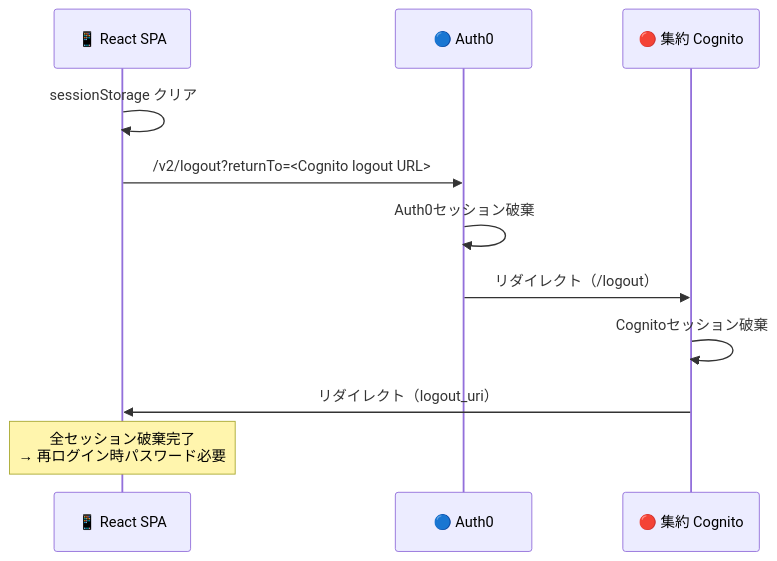
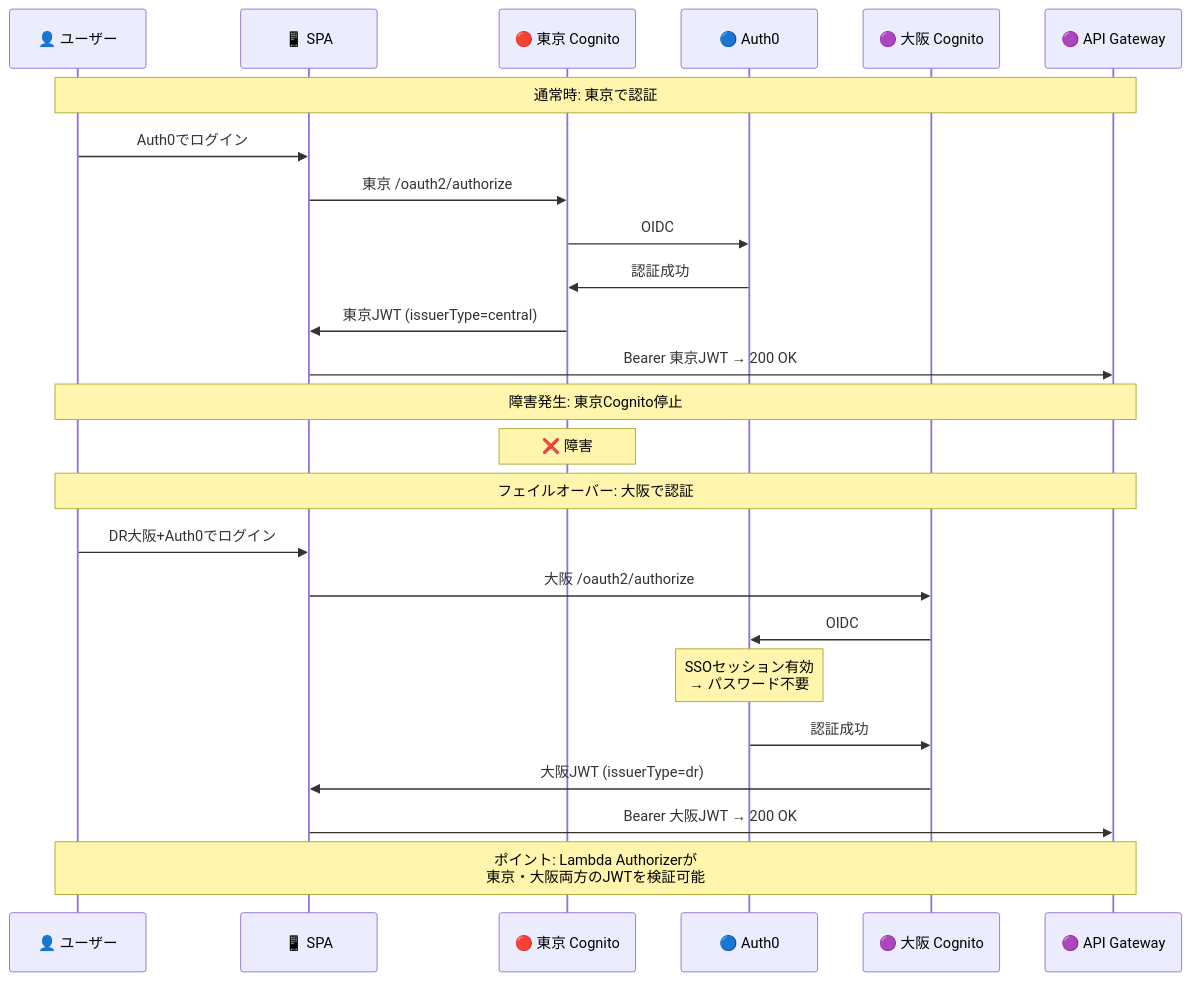
One commit to suepie/aws-atuh-poc changed the fifth of 5 diagrams in doc/design/auth-flow.md. Above: the diagram before and after it, drawn with Mermaid. The commit also changed other lines of this file and 10 other files, not shown here.

````diff
--- a/doc/design/auth-flow.md
+++ b/doc/design/auth-flow.md
@@ -228,15 +174,31 @@
 ```mermaid
 sequenceDiagram
-    participant SPA as 📱 React SPA
+    participant User as 👤 ユーザー
+    participant SPA as 📱 SPA
+    participant Tokyo as 🔴 東京 Cognito
     participant Auth0 as 🔵 Auth0
-    participant Cognito as 🔴 集約 Cognito
+    participant Osaka as 🟣 大阪 Cognito
+    participant API as 🟣 API Gateway
 
-    SPA->>SPA: sessionStorage クリア
-    SPA->>Auth0: /v2/logout?returnTo=<Cognito logout URL>
-    Auth0->>Auth0: Auth0セッション破棄
-    Auth0->>Cognito: リダイレクト（/logout）
-    Cognito->>Cognito: Cognitoセッション破棄
-    Cognito->>SPA: リダイレクト（logout_uri）
+    Note over User,API: 通常時: 東京で認証
+    User->>SPA: Auth0でログイン
+    SPA->>Tokyo: 東京 /oauth2/authorize
+    Tokyo->>Auth0: OIDC
+    Auth0->>Tokyo: 認証成功
+    Tokyo->>SPA: 東京JWT (issuerType=central)
+    SPA->>API: Bearer 東京JWT → 200 OK
 
-    Note over SPA: 全セッション破棄完了<br/>→ 再ログイン時パスワード必要
+    Note over User,API: 障害発生: 東京Cognito停止
+    Note over Tokyo: ❌ 障害
+
+    Note over User,API: フェイルオーバー: 大阪で認証
+    User->>SPA: DR大阪+Auth0でログイン
+    SPA->>Osaka: 大阪 /oauth2/authorize
+    Osaka->>Auth0: OIDC
+    Note over Auth0: SSOセッション有効<br/>→ パスワード不要
+    Auth0->>Osaka: 認証成功
+    Osaka->>SPA: 大阪JWT (issuerType=dr)
+    SPA->>API: Bearer 大阪JWT → 200 OK
+
+    Note over User,API: ポイント: Lambda Authorizerが<br/>東京・大阪両方のJWTを検証可能
 ```
````
